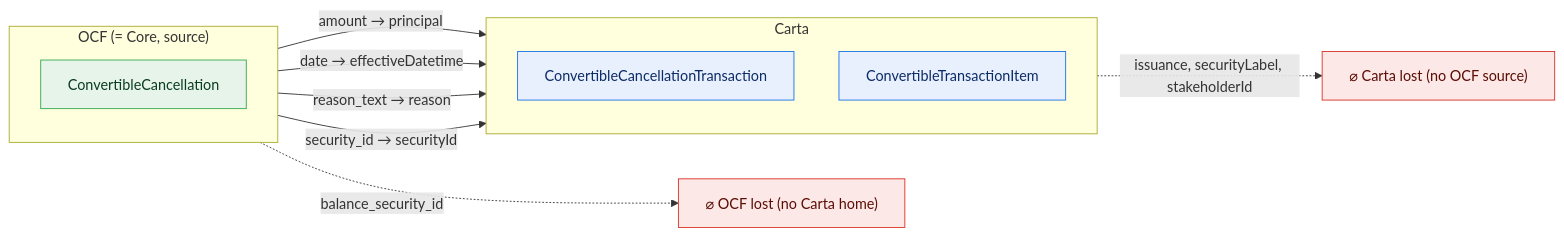
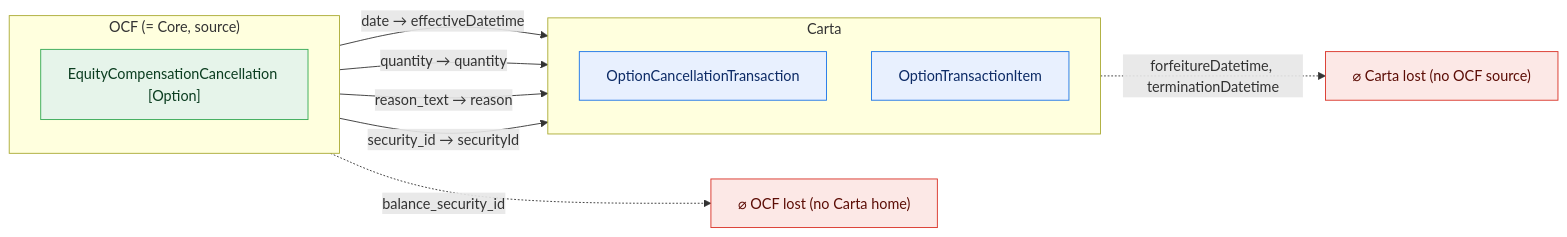
Before and after one commit to Open-Cap-Table-Coalition/OCF-Composed-Schemas: diagram 18 of 47 in docs/core-bidirectional-flow.md, drawn with Mermaid. The commit also changed other lines of this file and 24 other files, not shown here.

````diff
--- a/docs/core-bidirectional-flow.md
+++ b/docs/core-bidirectional-flow.md
@@ -579,24 +712,24 @@
 ```mermaid
 flowchart LR
   classDef adm fill:#e6f4ea,stroke:#34a853,color:#0b3d20;
   classDef notadm fill:#f1f3f4,stroke:#9aa0a6,color:#5f6368,stroke-dasharray:4 3;
   classDef carta fill:#e8f0fe,stroke:#1a73e8,color:#0d2b66;
   classDef lost fill:#fce8e6,stroke:#d93025,color:#5c0d06;
   subgraph SRC["OCF (= Core, source)"]
     direction TB
-    o0["ConvertibleCancellation"]:::adm
+    o0["EquityCompensationCancellation [Option]"]:::adm
   end
   subgraph TGT["Carta"]
     direction TB
-    t0["ConvertibleCancellationTransaction"]:::carta
-    t1["ConvertibleTransactionItem"]:::carta
+    t0["OptionCancellationTransaction"]:::carta
+    t1["OptionTransactionItem"]:::carta
   end
   ocflost["⌀ OCF lost (no Carta home)"]:::lost
   cartalost["⌀ Carta lost (no OCF source)"]:::lost
-  o0 -->|"amount → principal"| t0
   o0 -->|"date → effectiveDatetime"| t0
+  o0 -->|"quantity → quantity"| t0
   o0 -->|"reason_text → reason"| t0
   o0 -->|"security_id → securityId"| t1
   o0 -.->|"balance_security_id"| ocflost
-  t1 -.->|"issuance, securityLabel, stakeholderId"| cartalost
+  t0 -.->|"forfeitureDatetime, terminationDatetime"| cartalost
 ```
````
